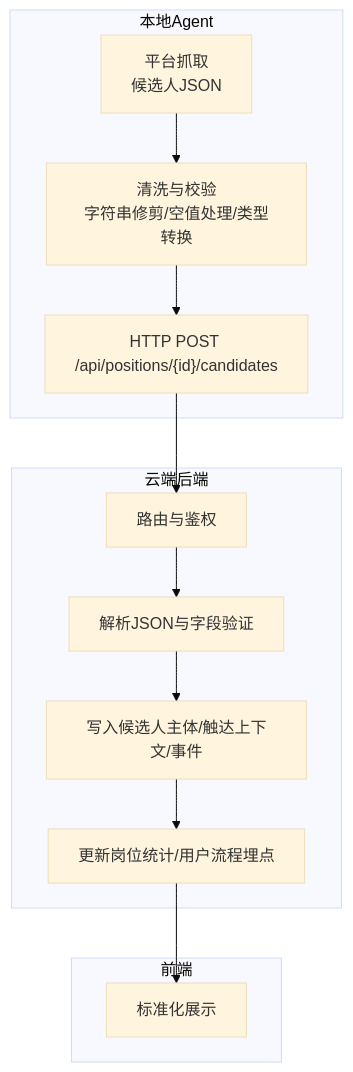
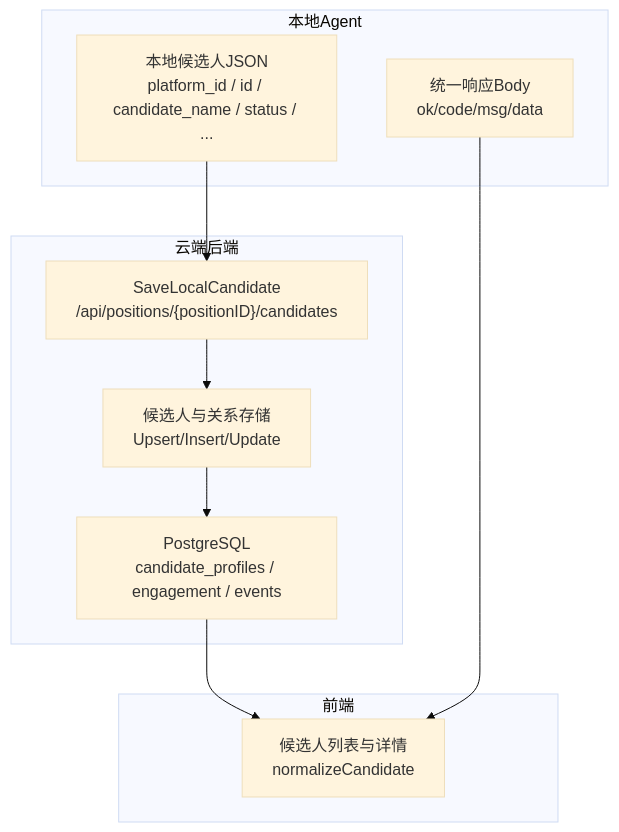
The first of 3 diagrams in .qoder/repowiki/zh/content/云端后端服务/候选人处理系统/候选人数据摄入/候选人数据验证.md (alvinwangzi/goodhr), drawn with Mermaid (base theme) before and after one commit. The commit also changed other lines of this file and 149 other files, not shown here.

````diff
--- a/.qoder/repowiki/zh/content/云端后端服务/候选人处理系统/候选人数据摄入/候选人数据验证.md
+++ b/.qoder/repowiki/zh/content/云端后端服务/候选人处理系统/候选人数据摄入/候选人数据验证.md
@@ -43,17 +46,20 @@
 ```mermaid
 graph TB
 subgraph "本地Agent"
-A["平台抓取<br/>候选人JSON"] --> B["清洗与校验<br/>字符串修剪/空值处理/类型转换"]
-B --> C["HTTP POST /api/positions/{id}/candidates"]
+LA["本地候选人JSON<br/>platform_id / id / candidate_name / status / ..."]
+RESP["统一响应Body<br/>ok/code/msg/data"]
 end
 subgraph "云端后端"
-D["路由与鉴权"] --> E["解析JSON与字段验证"]
-E --> F["写入候选人主体/触达上下文/事件"]
-F --> G["更新岗位统计/用户流程埋点"]
+API["SaveLocalCandidate<br/>/api/positions/{positionID}/candidates"]
+STORE["候选人与关系存储<br/>Upsert/Insert/Update"]
+DB["PostgreSQL<br/>candidate_profiles / engagement / events"]
 end
 subgraph "前端"
-H["标准化展示"]
+UI["候选人列表与详情<br/>normalizeCandidate"]
 end
-C --> D
-G --> H
+LA --> API
+API --> STORE
+STORE --> DB
+DB --> UI
+RESP --> UI
 ```
````
